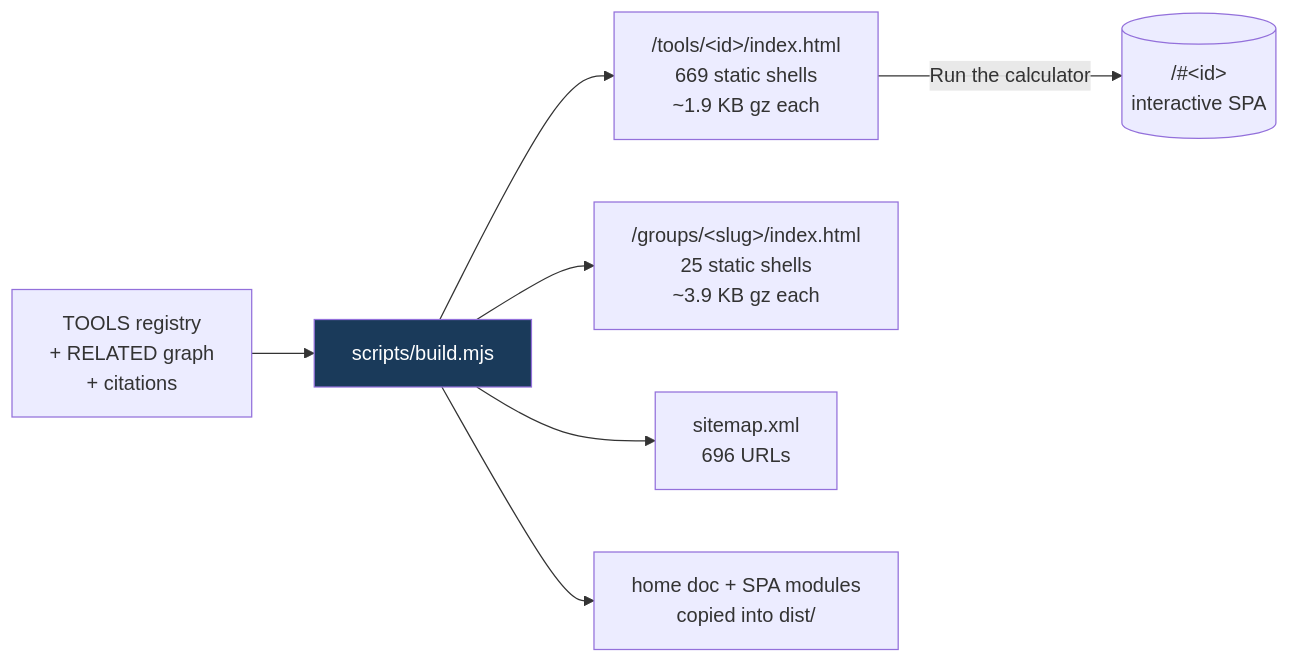
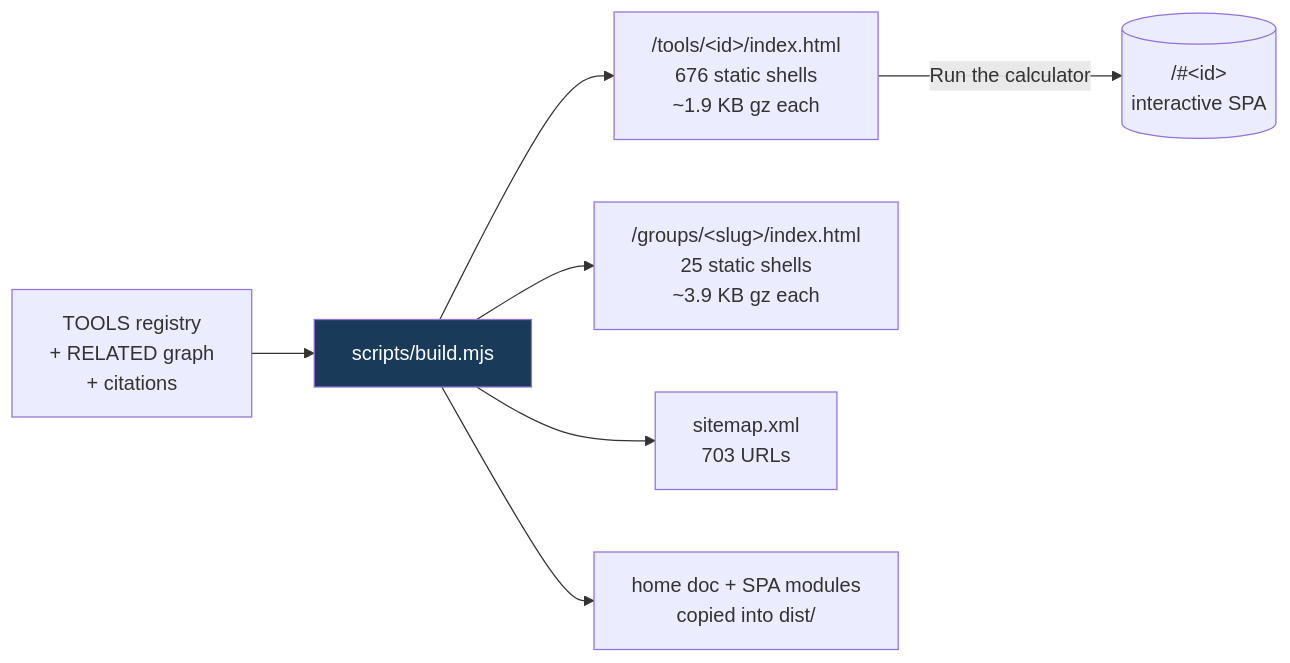
The fifth of 8 diagrams in README.md (clay-good/roughlogic.com), drawn with Mermaid before and after one commit. The commit also changed other lines of this file and 18 other files, not shown here.

````diff
--- a/README.md
+++ b/README.md
@@ -440,10 +442,10 @@
 ```mermaid
 flowchart LR
     SRC[TOOLS registry\n+ RELATED graph\n+ citations] --> BUILD[scripts/build.mjs]
-    BUILD --> TILE["/tools/&lt;id&gt;/index.html\n669 static shells\n~1.9 KB gz each"]
+    BUILD --> TILE["/tools/&lt;id&gt;/index.html\n676 static shells\n~1.9 KB gz each"]
     BUILD --> GROUP["/groups/&lt;slug&gt;/index.html\n25 static shells\n~3.9 KB gz each"]
-    BUILD --> MAP["sitemap.xml\n696 URLs"]
+    BUILD --> MAP["sitemap.xml\n703 URLs"]
     BUILD --> COPY[home doc + SPA modules\ncopied into dist/]
     TILE -->|Run the calculator| SPA[("/#&lt;id&gt;\ninteractive SPA")]
     style BUILD fill:#1a3a5a,color:#fff
 ```
````
